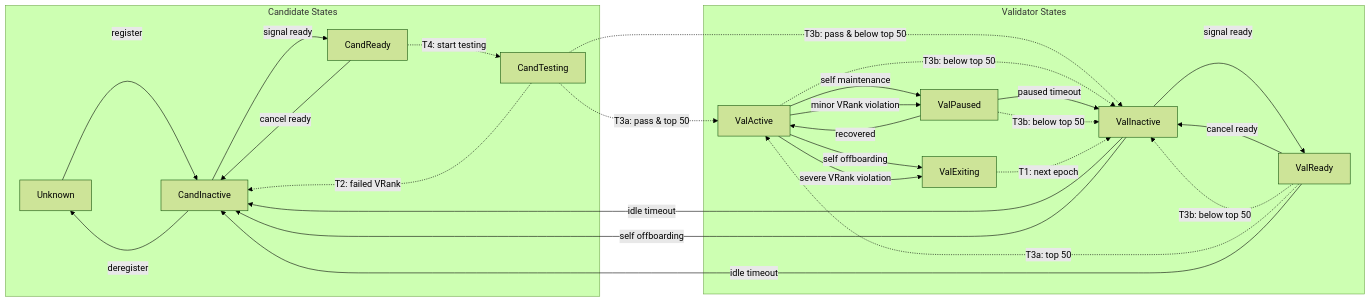
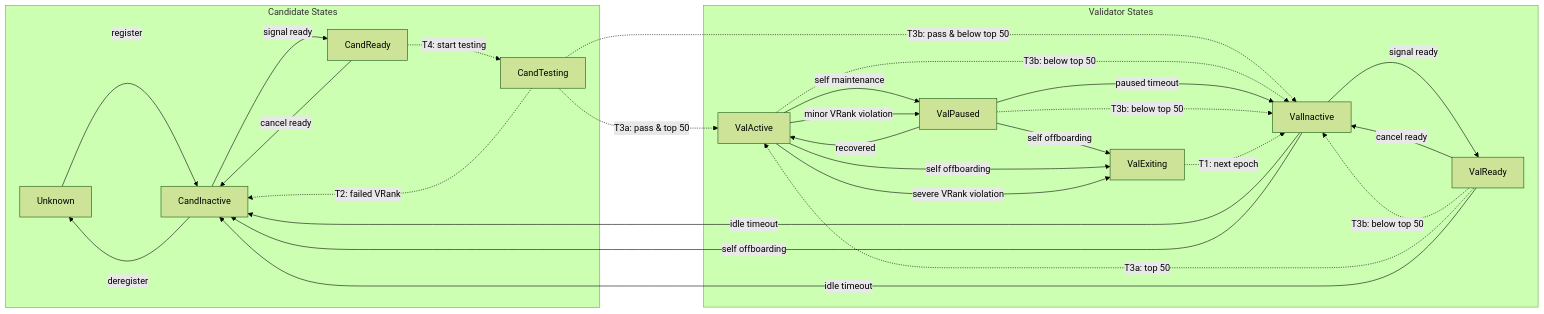
One commit to kaiachain/kips changed the diagram in KIPs/kip-286.md. Above: the diagram before and after it, drawn with Mermaid (forest theme). The commit also changed other lines of this file, not shown here.

Commit message:
Tidy up and add ValPaused to ValExiting transition

````diff
--- a/KIPs/kip-286.md
+++ b/KIPs/kip-286.md
@@ -210,51 +211,52 @@
 ```mermaid
 flowchart LR
     subgraph Candidates["Candidate States"]
         Unknown
         CandInactive
         CandReady
         CandTesting
     end
 
     subgraph Validators["Validator States"]
         ValInactive
         ValReady
         ValActive
         ValPaused
         ValExiting
     end
 
     %% Registration & Deregistration
     Unknown -->|"register"| CandInactive
     CandInactive -->|"deregister"| Unknown
 
     %% Candidate Lifecycle
     CandInactive -->|"signal ready"| CandReady
     CandReady -->|"cancel ready"| CandInactive
     CandReady -.->|"T4: start testing"| CandTesting
     CandTesting -.->|"T2: failed VRank"| CandInactive
     CandTesting -.->|"T3a: pass & top 50"| ValActive
     CandTesting -.->|"T3b: pass & below top 50"| ValInactive
 
     %% Validator Active Set
     ValActive -.->|"T3b: below top 50"| ValInactive
     ValInactive -->|"signal ready"| ValReady
     ValReady -->|"cancel ready"| ValInactive
     ValReady -.->|"T3b: below top 50"| ValInactive
     ValReady -.->|"T3a: top 50"| ValActive
 
     %% Maintenance & Recovery
     ValActive -->|"self maintenance"| ValPaused
     ValActive -->|"minor VRank violation"| ValPaused
     ValPaused -->|"recovered"| ValActive
     ValPaused -->|"paused timeout"| ValInactive
     ValPaused -.->|"T3b: below top 50"| ValInactive
 
     %% Exit & Offboarding
+    ValPaused -->|"self offboarding"| ValExiting
     ValActive -->|"self offboarding"| ValExiting
     ValActive -->|"severe VRank violation"| ValExiting
     ValExiting -.->|"T1: next epoch"| ValInactive
     ValReady -->|"idle timeout"| CandInactive
     ValInactive -->|"idle timeout"| CandInactive
     ValInactive -->|"self offboarding"| CandInactive
 ```
````
